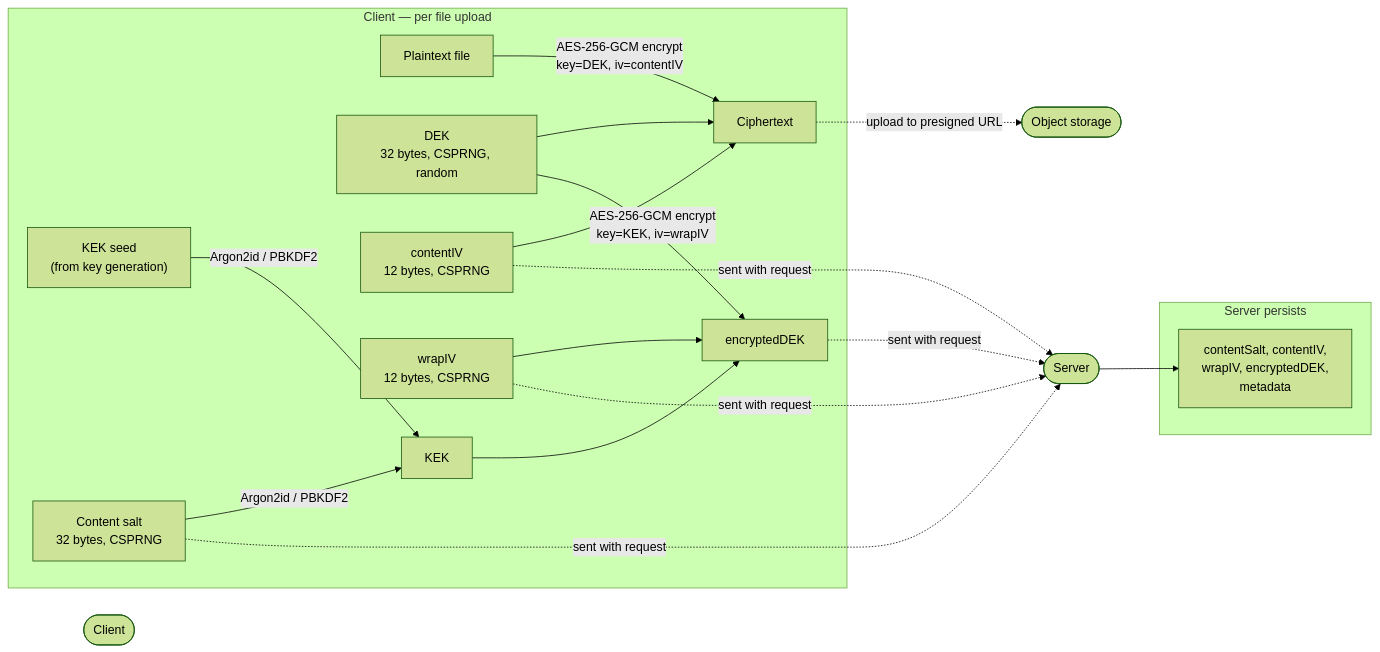
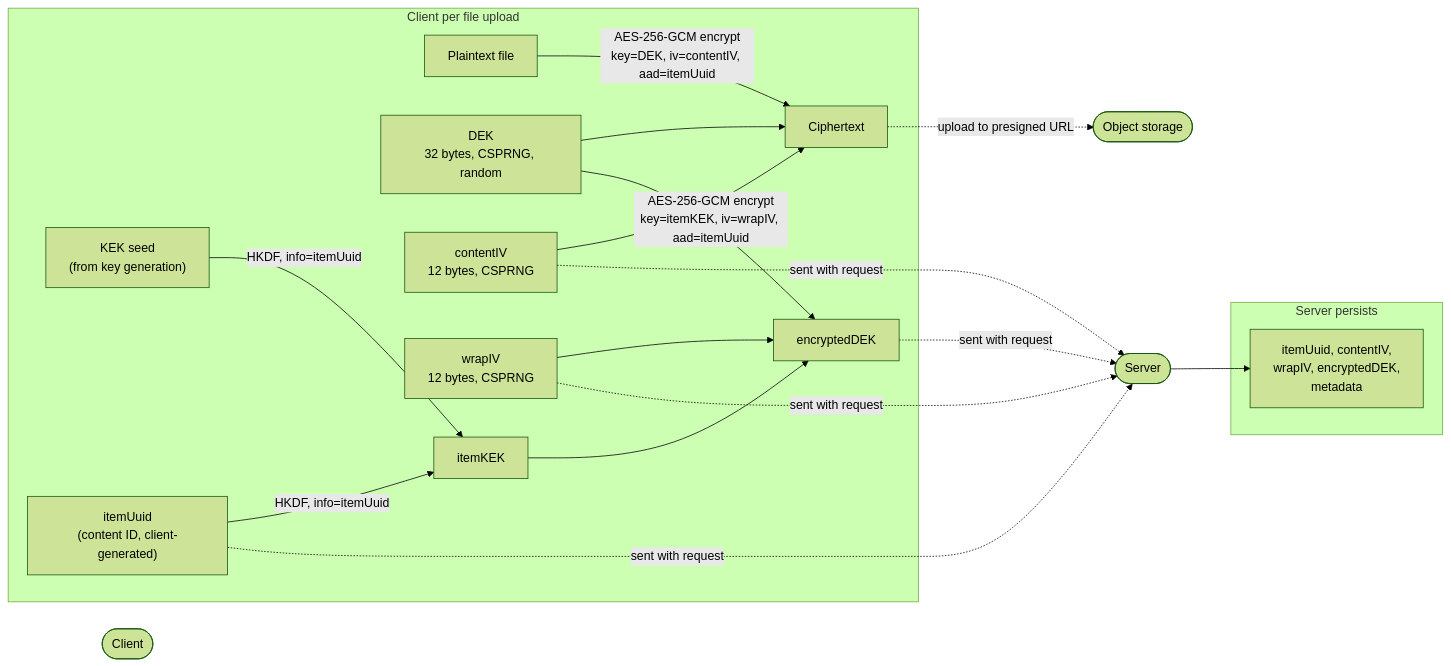
The third of 5 diagrams in v2.md (bitlab-tech/agent-system-data-security), drawn with Mermaid (forest theme) before and after one commit. The commit also changed other lines of this file, not shown here.

````diff
--- a/v2.md
+++ b/v2.md
@@ -171,41 +180,41 @@
 ```mermaid
 flowchart LR
     Client([Client])
     Server([Server])
     Storage([Object storage])
 
-    subgraph PerUpload["Client — per file upload"]
+    subgraph PerUpload["Client per file upload"]
         Plaintext["Plaintext file"]
         KEKSeed["KEK seed<br/>(from key generation)"]
-        ContentSalt["Content salt<br/>32 bytes, CSPRNG"]
+        ItemUuid["itemUuid<br/>(content ID, client-generated)"]
         DEK["DEK<br/>32 bytes, CSPRNG, random"]
         ContentIV["contentIV<br/>12 bytes, CSPRNG"]
         WrapIV["wrapIV<br/>12 bytes, CSPRNG"]
-        KEK["KEK"]
+        ItemKEK["itemKEK"]
         Ciphertext["Ciphertext"]
         EncryptedDEK["encryptedDEK"]
 
-        KEKSeed -->|Argon2id / PBKDF2| KEK
-        ContentSalt -->|Argon2id / PBKDF2| KEK
+        KEKSeed -->|HKDF, info=itemUuid| ItemKEK
+        ItemUuid -->|HKDF, info=itemUuid| ItemKEK
 
-        Plaintext -->|AES-256-GCM encrypt<br/>key=DEK, iv=contentIV| Ciphertext
+        Plaintext -->|AES-256-GCM encrypt<br/>key=DEK, iv=contentIV, aad=itemUuid| Ciphertext
         DEK --> Ciphertext
         ContentIV --> Ciphertext
 
-        DEK -->|AES-256-GCM encrypt<br/>key=KEK, iv=wrapIV| EncryptedDEK
-        KEK --> EncryptedDEK
+        DEK -->|AES-256-GCM encrypt<br/>key=itemKEK, iv=wrapIV, aad=itemUuid| EncryptedDEK
+        ItemKEK --> EncryptedDEK
         WrapIV --> EncryptedDEK
     end
 
     Ciphertext -.->|upload to presigned URL| Storage
+    ItemUuid -.->|sent with request| Server
     EncryptedDEK -.->|sent with request| Server
-    ContentSalt -.->|sent with request| Server
     ContentIV -.->|sent with request| Server
     WrapIV -.->|sent with request| Server
 
     subgraph ServerStores["Server persists"]
-        Meta["contentSalt, contentIV,<br/>wrapIV, encryptedDEK,<br/>metadata"]
+        Meta["itemUuid, contentIV,<br/>wrapIV, encryptedDEK,<br/>metadata"]
     end
 
     Server --> Meta
 ```
````
